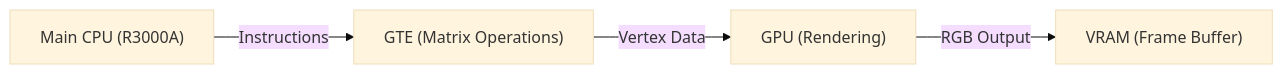
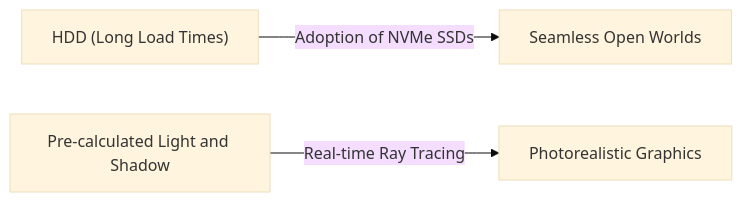
One commit to kenjinote/blog changed the second of 2 diagrams in content/post/history-of-video-game-consoles/index.en.md. Above: the diagram before and after it, drawn with Mermaid (base theme). The commit also changed other lines of this file and 129 other files, not shown here.

````diff
--- a/content/post/history-of-video-game-consoles/index.en.md
+++ b/content/post/history-of-video-game-consoles/index.en.md
@@ -79,6 +61,5 @@
 ```mermaid
 graph LR
-    CPU["Main CPU (R3000A)"] -- "Instructions" --> GTE["GTE (Matrix Operations)"]
-    GTE -- "Vertex Data" --> GPU["GPU (Rendering)"]
-    GPU -- "RGB Output" --> VRAM["VRAM (Frame Buffer)"]
+  A["HDD (Long Load Times)"] -- "Adoption of NVMe SSDs" --> B["Seamless Open Worlds"]
+  C["Pre-calculated Light and Shadow"] -- "Real-time Ray Tracing" --> D["Photorealistic Graphics"]
 ```
````
